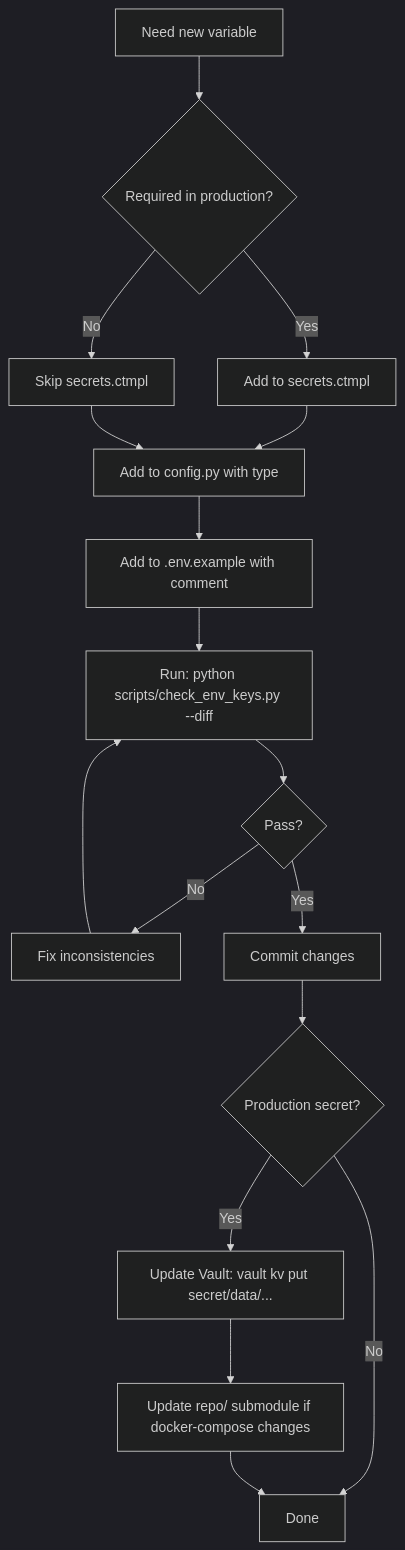
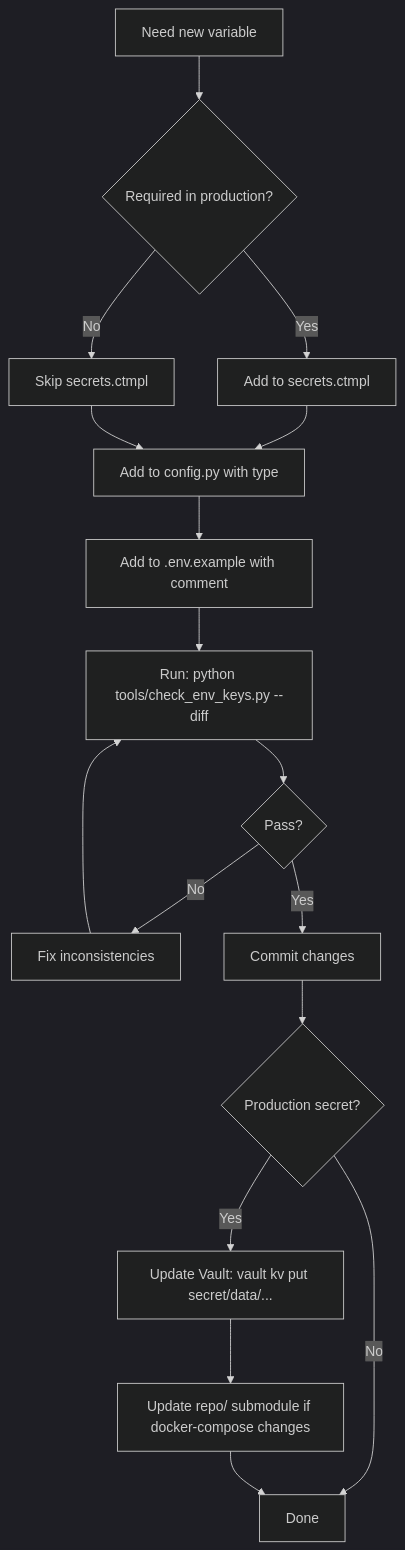
One commit to wangzitian0/finance_report changed the diagram in .opencode/skills/domain/secrets-management/skill.md. Above: the diagram before and after it, drawn with Mermaid (dark theme). The commit also changed other lines of this file and 77 other files, not shown here.

````diff
--- a/.opencode/skills/domain/secrets-management/skill.md
+++ b/.opencode/skills/domain/secrets-management/skill.md
@@ -215,19 +215,19 @@
 ```mermaid
 flowchart TD
     A[Need new variable] --> B{Required in production?}
     B -->|Yes| C[Add to secrets.ctmpl]
     B -->|No| D[Skip secrets.ctmpl]
     C --> E[Add to config.py with type]
     D --> E
     E --> F[Add to .env.example with comment]
-    F --> G[Run: python scripts/check_env_keys.py --diff]
+    F --> G[Run: python tools/check_env_keys.py --diff]
     G --> H{Pass?}
     H -->|No| I[Fix inconsistencies]
     I --> G
     H -->|Yes| J[Commit changes]
     J --> K{Production secret?}
     K -->|Yes| L[Update Vault: vault kv put secret/data/...]
     K -->|No| M[Done]
     L --> N[Update repo/ submodule if docker-compose changes]
     N --> M
 ```
````
